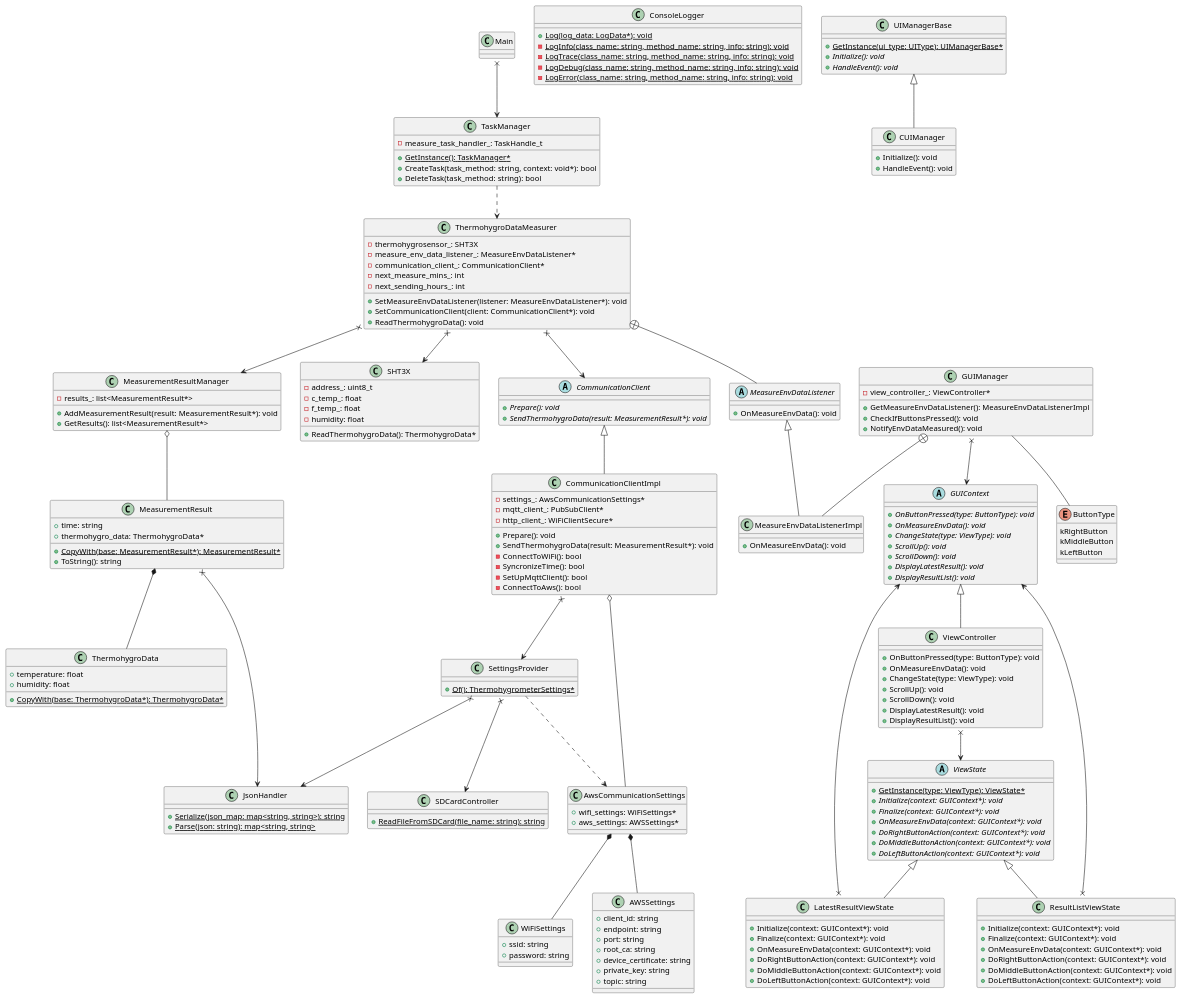
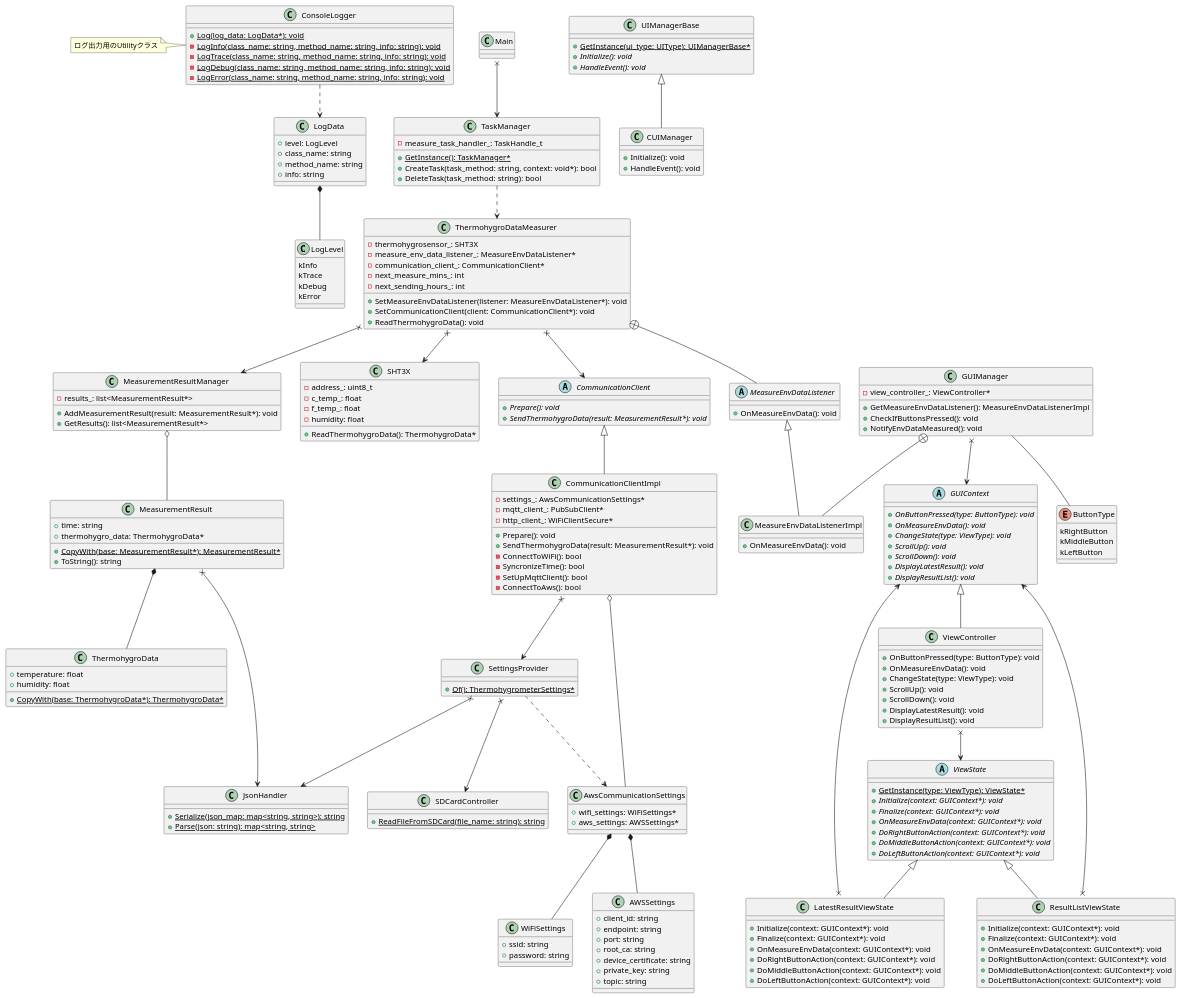
The diagram in DesignDocs/M5StackThermohygrometer/class_diagram.pu (chukeblo/thermohygrometer), drawn with PlantUML before and after one commit.

Commit message:
add descriptions for console logger

```diff
--- a/DesignDocs/M5StackThermohygrometer/class_diagram.pu
+++ b/DesignDocs/M5StackThermohygrometer/class_diagram.pu
@@ -70,6 +70,27 @@
     - {static} LogTrace(class_name: string, method_name: string, info: string): void
     - {static} LogDebug(class_name: string, method_name: string, info: string): void
     - {static} LogError(class_name: string, method_name: string, info: string): void
+}
+
+ConsoleLogger ..> LogData
+note left of ConsoleLogger
+    ログ出力用のUtilityクラス
+end note
+
+class LogData {
+    + level: LogLevel
+    + class_name: string
+    + method_name: string
+    + info: string
+}
+
+LogData *-- LogLevel
+
+class LogLevel {
+    kInfo
+    kTrace
+    kDebug
+    kError
 }
 
 class UIManagerBase {
```
